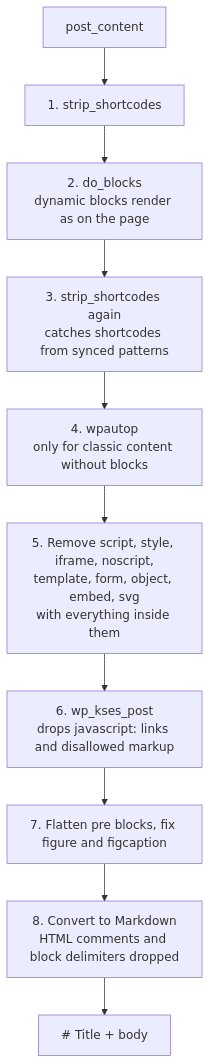
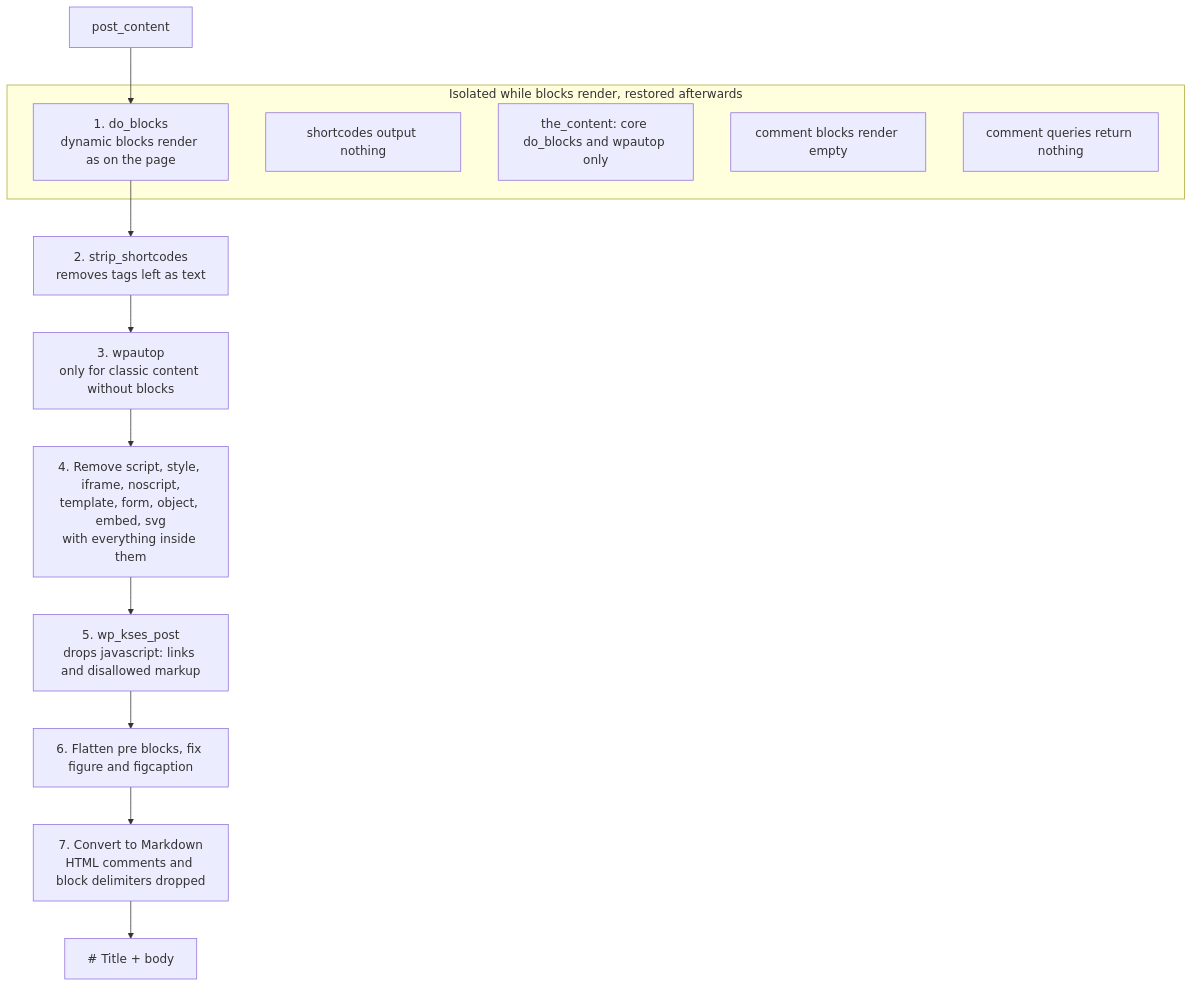
One commit to teemujonkkari/accept-markdown changed the third of 4 diagrams in README.md. Above: the diagram before and after it, drawn with Mermaid. The commit also changed other lines of this file and 6 other files, not shown here.

First line of the commit message:
fix: isolate block rendering from shortcodes, the_content filters and comments

````diff
--- a/README.md
+++ b/README.md
@@ -125,12 +125,18 @@
 ```mermaid
 flowchart TD
-    P["post_content"] --> S1["1. strip_shortcodes"]
-    S1 --> S2["2. do_blocks<br/>dynamic blocks render as on the page"]
-    S2 --> S3["3. strip_shortcodes again<br/>catches shortcodes from synced patterns"]
-    S3 --> S4["4. wpautop<br/>only for classic content without blocks"]
-    S4 --> S5["5. Remove script, style, iframe, noscript,<br/>template, form, object, embed, svg<br/>with everything inside them"]
-    S5 --> S6["6. wp_kses_post<br/>drops javascript: links and disallowed markup"]
-    S6 --> S7["7. Flatten pre blocks, fix figure and figcaption"]
-    S7 --> S8["8. Convert to Markdown<br/>HTML comments and block delimiters dropped"]
-    S8 --> T["# Title + body"]
+    P["post_content"] --> S1
+    subgraph ISO["Isolated while blocks render, restored afterwards"]
+        S1["1. do_blocks<br/>dynamic blocks render as on the page"]
+        I1["shortcodes output nothing"]
+        I2["the_content: core do_blocks and wpautop only"]
+        I3["comment blocks render empty"]
+        I4["comment queries return nothing"]
+    end
+    S1 --> S2["2. strip_shortcodes<br/>removes tags left as text"]
+    S2 --> S3["3. wpautop<br/>only for classic content without blocks"]
+    S3 --> S4["4. Remove script, style, iframe, noscript,<br/>template, form, object, embed, svg<br/>with everything inside them"]
+    S4 --> S5["5. wp_kses_post<br/>drops javascript: links and disallowed markup"]
+    S5 --> S6["6. Flatten pre blocks, fix figure and figcaption"]
+    S6 --> S7["7. Convert to Markdown<br/>HTML comments and block delimiters dropped"]
+    S7 --> T["# Title + body"]
 ```
````
